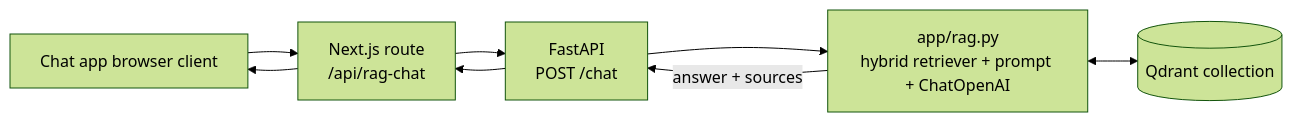
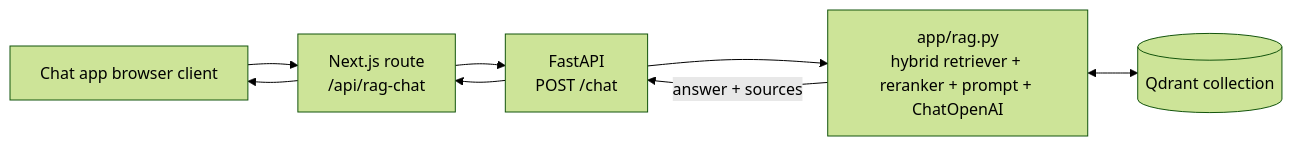
Before and after one commit to achyutasvm/langchain_qdrant_vectordb: the second of 2 diagrams in README.md, drawn with Mermaid (forest theme). The commit also changed other lines of this file and 5 other files, not shown here.

````diff
--- a/README.md
+++ b/README.md
@@ -48,12 +54,12 @@
 ```mermaid
 flowchart LR
     Browser["Chat app browser client"]
     NextRoute["Next.js route\n/api/rag-chat"]
     FastAPI["FastAPI\nPOST /chat"]
-    RAGChain["app/rag.py\nhybrid retriever + prompt + ChatOpenAI"]
+    RAGChain["app/rag.py\nhybrid retriever + reranker + prompt + ChatOpenAI"]
     QdrantIdx[("Qdrant collection")]
 
     Browser --> NextRoute --> FastAPI --> RAGChain
     RAGChain <--> QdrantIdx
     RAGChain -- "answer + sources" --> FastAPI --> NextRoute --> Browser
 ```
````
